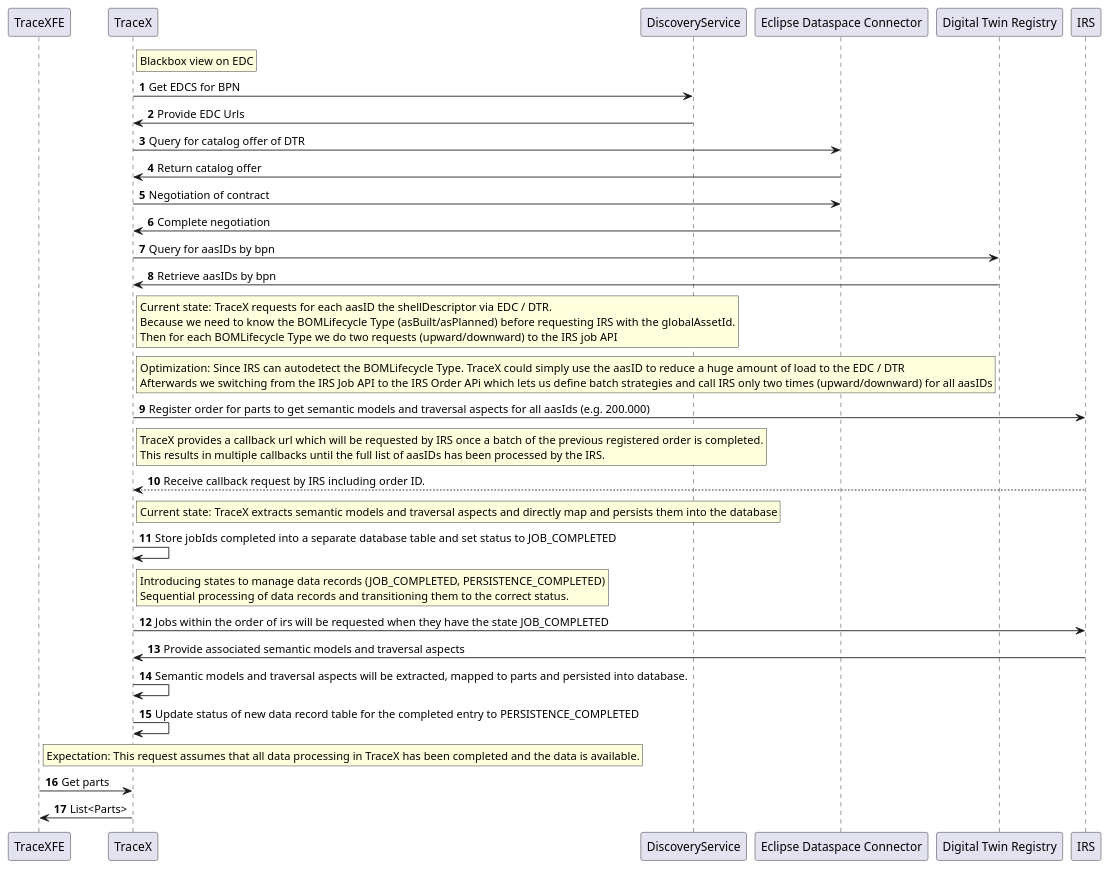
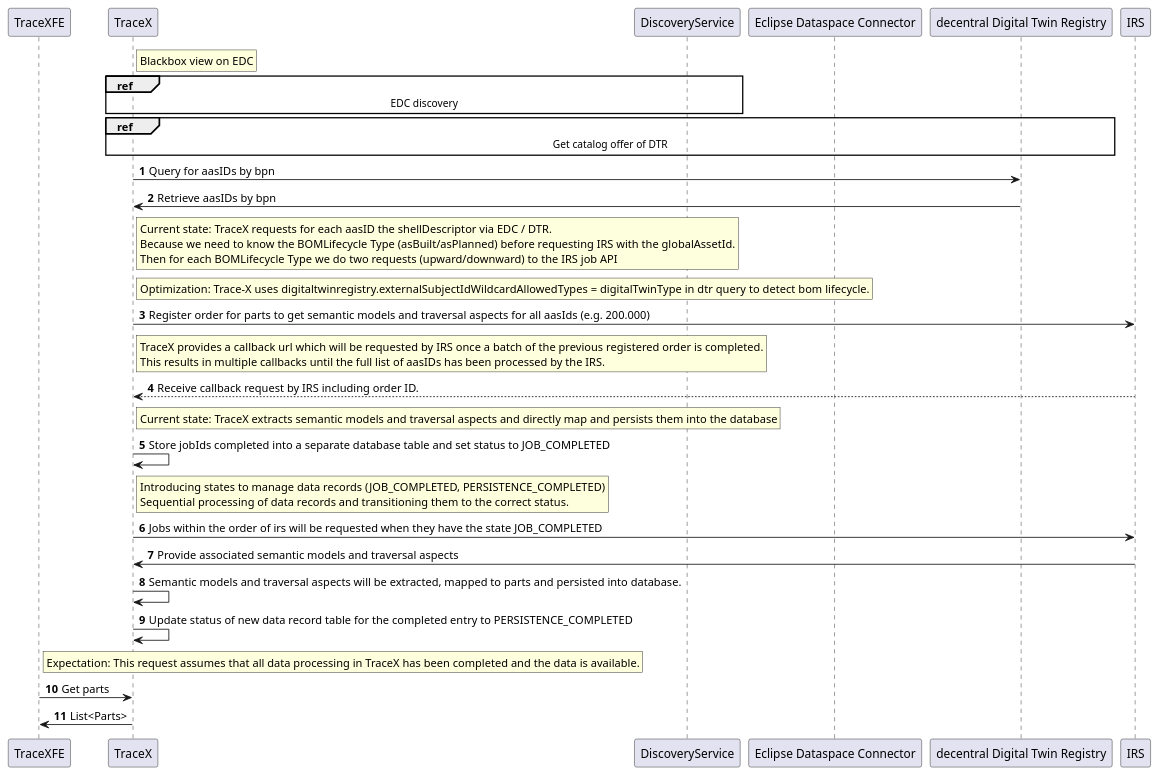
Before and after one commit to eclipse-tractusx/traceability-foss: the diagram in docs/src/uml-diagrams/arc42/runtime-view/data-consumption-process_part1_tracex_scaling.puml, drawn with PlantUML.

Commit message:
chore(uml):[#xxx] optimize concept reducing unnesessary information and provide optimization of digitalTwinType
chore(release): xxx - high scaling part resolving tracex

```diff
--- a/docs/src/uml-diagrams/arc42/runtime-view/data-consumption-process_part1_tracex_scaling.puml
+++ b/docs/src/uml-diagrams/arc42/runtime-view/data-consumption-process_part1_tracex_scaling.puml
@@ -1,56 +1,58 @@
 @startuml
 'https://plantuml.com/sequence-diagram
 autonumber
 participant TraceXFE
 participant TraceX
 participant "DiscoveryService" as DS
 participant "Eclipse Dataspace Connector" as EDC
-participant "Digital Twin Registry" as DTR
+participant "decentral Digital Twin Registry" as DTR
 
 participant IRS
 rnote right TraceX
 Blackbox view on EDC
 end rnote
-TraceX -> DS: Get EDCS for BPN
-DS -> TraceX: Provide EDC Urls
-TraceX -> EDC: Query for catalog offer of DTR
-EDC -> TraceX: Return catalog offer
-TraceX -> EDC: Negotiation of contract
-EDC -> TraceX: Complete negotiation
+ref over TraceX, DS
+ EDC discovery
+end ref
+
+ref over TraceX, EDC, DTR
+    Get catalog offer of DTR
+end ref
+
+
 TraceX -> DTR: Query for aasIDs by bpn
 DTR -> TraceX: Retrieve aasIDs by bpn
 rnote right TraceX
 Current state: TraceX requests for each aasID the shellDescriptor via EDC / DTR.
 Because we need to know the BOMLifecycle Type (asBuilt/asPlanned) before requesting IRS with the globalAssetId.
 Then for each BOMLifecycle Type we do two requests (upward/downward) to the IRS job API
 end rnote
 rnote right TraceX
-Optimization: Since IRS can autodetect the BOMLifecycle Type. TraceX could simply use the aasID to reduce a huge amount of load to the EDC / DTR
-Afterwards we switching from the IRS Job API to the IRS Order APi which lets us define batch strategies and call IRS only two times (upward/downward) for all aasIDs
+Optimization: Trace-X uses  digitaltwinregistry.externalSubjectIdWildcardAllowedTypes = digitalTwinType in dtr query to detect bom lifecycle.
 end rnote
 TraceX -> IRS: Register order for parts to get semantic models and traversal aspects for all aasIds (e.g. 200.000)
 rnote right TraceX
 TraceX provides a callback url which will be requested by IRS once a batch of the previous registered order is completed.
 This results in multiple callbacks until the full list of aasIDs has been processed by the IRS.
 end rnote
 TraceX <-- IRS: Receive callback request by IRS including order ID.
 rnote right TraceX
 Current state: TraceX extracts semantic models and traversal aspects and directly map and persists them into the database
 end rnote
 TraceX -> TraceX: Store jobIds completed into a separate database table and set status to JOB_COMPLETED
 rnote right TraceX
 Introducing states to manage data records (JOB_COMPLETED, PERSISTENCE_COMPLETED)
 Sequential processing of data records and transitioning them to the correct status.
 end rnote
 TraceX -> IRS: Jobs within the order of irs will be requested when they have the state JOB_COMPLETED
 IRS -> TraceX: Provide associated semantic models and traversal aspects
 TraceX -> TraceX: Semantic models and traversal aspects will be extracted, mapped to parts and persisted into database.
 TraceX -> TraceX: Update status of new data record table for the completed entry to PERSISTENCE_COMPLETED
 
 rnote right TraceXFE
 Expectation: This request assumes that all data processing in TraceX has been completed and the data is available.
 end rnote
 TraceXFE -> TraceX: Get parts
 TraceX -> TraceXFE: List<Parts>
 
 @enduml
```
